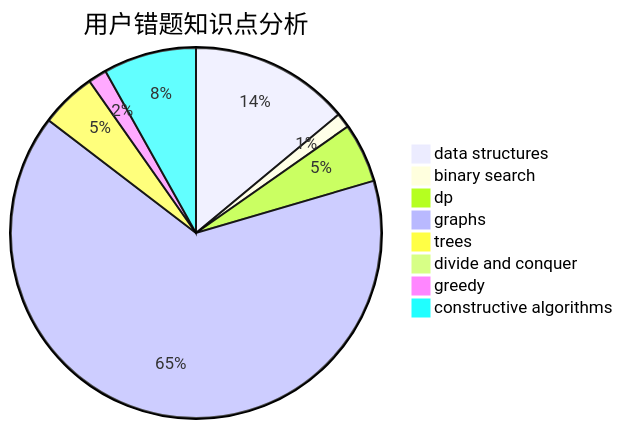
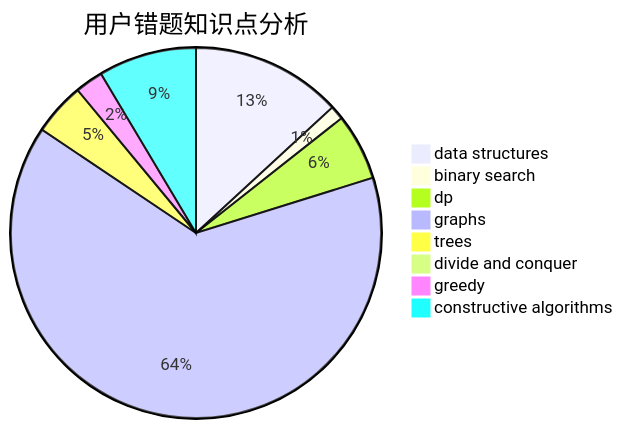
Before and after one commit to sherpahu/cfrs.github.io: the third of 3 diagrams in docs/user/u1545.md, drawn with Mermaid. The commit also changed other lines of this file and 2770 other files, not shown here.

````diff
--- a/docs/user/u1545.md
+++ b/docs/user/u1545.md
@@ -36,11 +36,11 @@
 ```mermaid
 pie title 用户错题知识点分析
     "data structures" :  43
     "binary search" :  4
-    "dp" :  16
-    "graphs" :  200
+    "dp" :  19
+    "graphs" :  210
     "trees" :  15
     "divide and conquer" :  0
-    "greedy" :  5
-    "constructive algorithms" :  25
+    "greedy" :  8
+    "constructive algorithms" :  28
 ```
````
